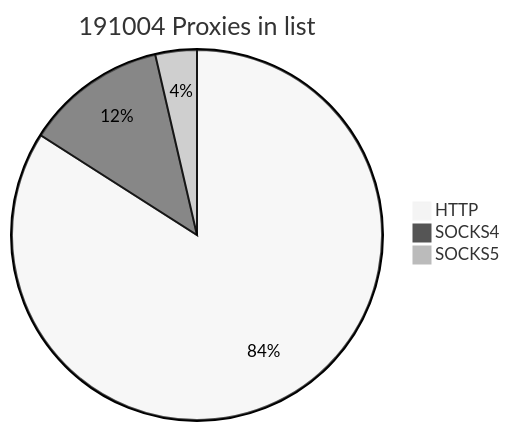
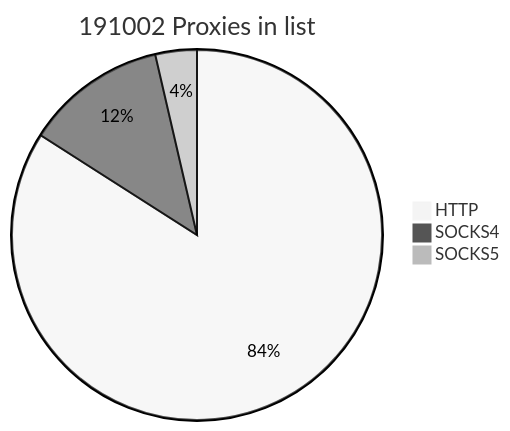
Before and after one commit to cutipu/proxylist: the first of 2 diagrams in README.md, drawn with Mermaid (neutral theme). The commit also changed other lines of this file, not shown here.

````diff
--- a/README.md
+++ b/README.md
@@ -2,7 +2,7 @@
 ```mermaid
-pie title 191004 Proxies in list
+pie title 191002 Proxies in list
     "HTTP" : 160520
-    "SOCKS4" : 23565
+    "SOCKS4" : 23563
     "SOCKS5" : 6919
             
 ```
````
